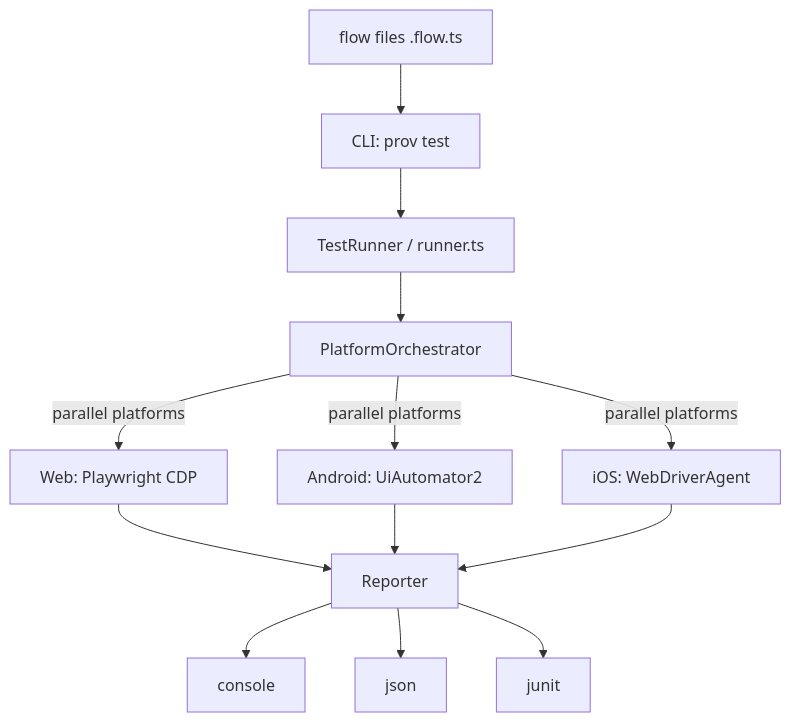
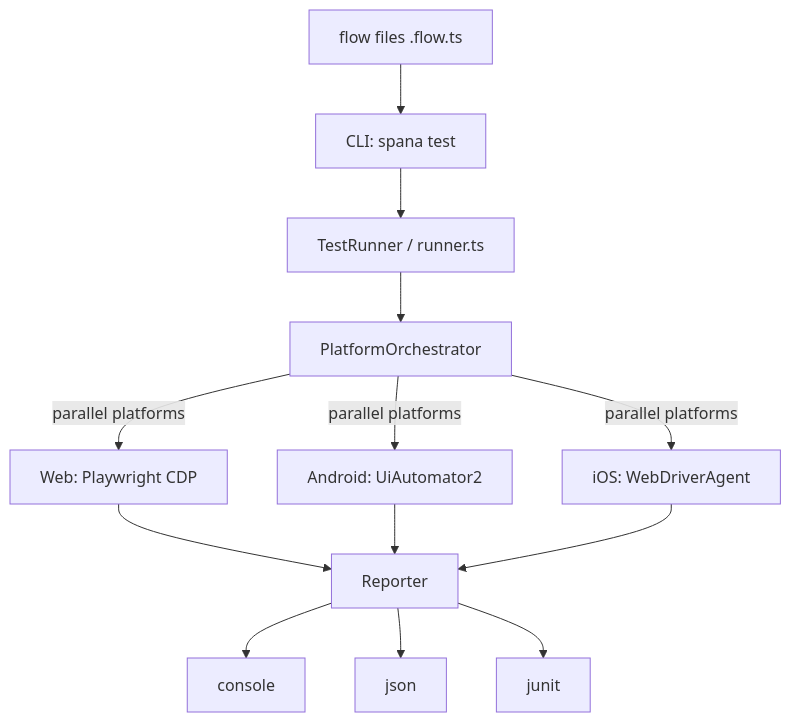
The first of 6 diagrams in apps/docs/src/content/docs/architecture/overview.md (wezter96/prov), drawn with Mermaid before and after one commit. The commit also changed other lines of this file and 147 other files, not shown here.

First line of the commit message:
rename project from prov to spana

````diff
--- a/apps/docs/src/content/docs/architecture/overview.md
+++ b/apps/docs/src/content/docs/architecture/overview.md
@@ -10,15 +10,15 @@
 ```mermaid
 graph TD
-    A[flow files .flow.ts] --> B[CLI: prov test]
+    A[flow files .flow.ts] --> B[CLI: spana test]
     B --> C[TestRunner / runner.ts]
     C --> D[PlatformOrchestrator]
     D -->|parallel platforms| E1[Web: Playwright CDP]
     D -->|parallel platforms| E2[Android: UiAutomator2]
     D -->|parallel platforms| E3[iOS: WebDriverAgent]
     E1 --> F[Reporter]
     E2 --> F
     E3 --> F
     F --> G1[console]
     F --> G2[json]
     F --> G3[junit]
 ```
````
